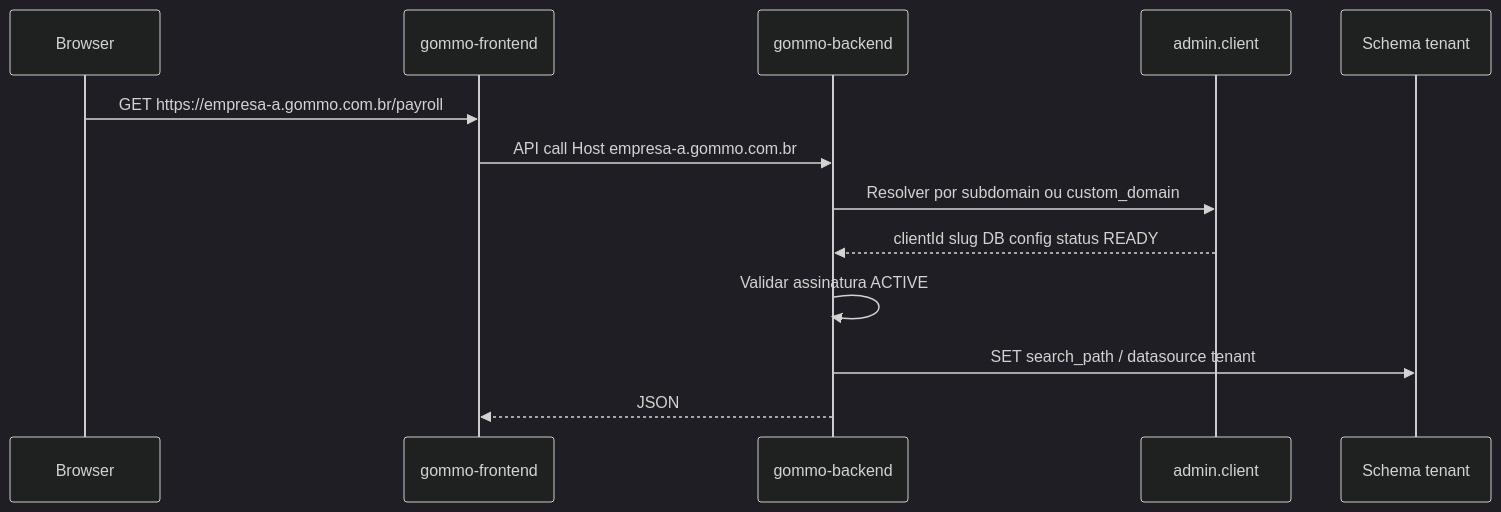
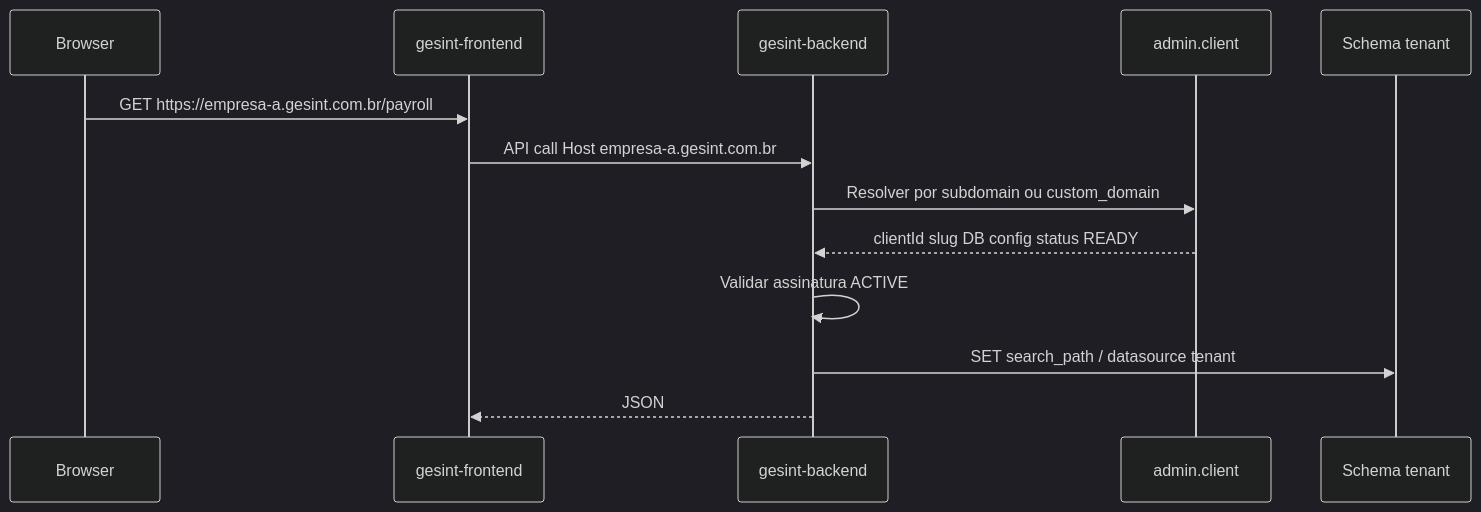
One commit to gesintdev/gesint changed the second of 2 diagrams in docs/arquitetura/multi-tenant.md. Above: the diagram before and after it, drawn with Mermaid (dark theme). The commit also changed other lines of this file and 4431 other files, not shown here.

First line of the commit message:
chore: rebrand Gommo to Gesint for production cutover

````diff
--- a/docs/arquitetura/multi-tenant.md
+++ b/docs/arquitetura/multi-tenant.md
@@ -79,16 +79,16 @@
 ```mermaid
 sequenceDiagram
   participant B as Browser
-  participant FE as gommo-frontend
-  participant API as gommo-backend
+  participant FE as gesint-frontend
+  participant API as gesint-backend
   participant ADM as admin.client
   participant DB as Schema tenant
 
-  B->>FE: GET https://empresa-a.gommo.com.br/payroll
-  FE->>API: API call Host empresa-a.gommo.com.br
+  B->>FE: GET https://empresa-a.gesint.com.br/payroll
+  FE->>API: API call Host empresa-a.gesint.com.br
   API->>ADM: Resolver por subdomain ou custom_domain
   ADM-->>API: clientId slug DB config status READY
   API->>API: Validar assinatura ACTIVE
   API->>DB: SET search_path / datasource tenant
   API-->>FE: JSON
 ```
````
